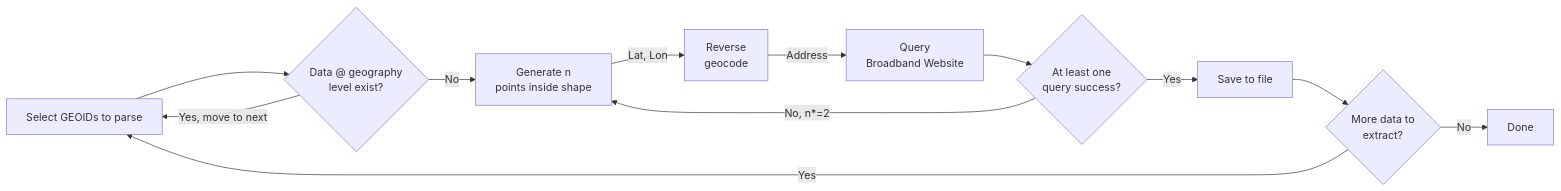
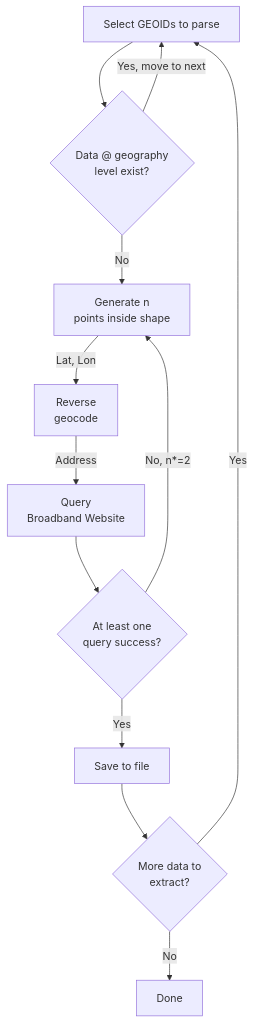
The diagram in _posts/2023-07-25-extracting-broadband-data.md (1blt/1blt.github.io), drawn with Mermaid before and after one commit. The commit also changed other lines of this file, not shown here.

Commit message:
PATCH: I know why default is TD

````diff
--- a/_posts/2023-07-25-extracting-broadband-data.md
+++ b/_posts/2023-07-25-extracting-broadband-data.md
@@ -23,14 +25,14 @@
-```mermaid
-flowchart LR
+    <pre class="mermaid">
+flowchart TD
     A[Select GEOIDs to parse] --> B{Data @ geography <br/> level exist?}
     B -- Yes, move to next --> A
     B -- No --> C[Generate n </br> points inside shape]
     C -- Lat, Lon --> D[Reverse </br> geocode]
     D -- Address --> E[Query </br> Broadband Website]
     E --> G{At least one </br> query success?}
     G -- No, n*=2 --> C
     G -- Yes --> H[Save to file]
     H --> I{More data to </br> extract?}
     I -- No --> J[Done]
     I -- Yes --> A
-```
+    </pre>
````
